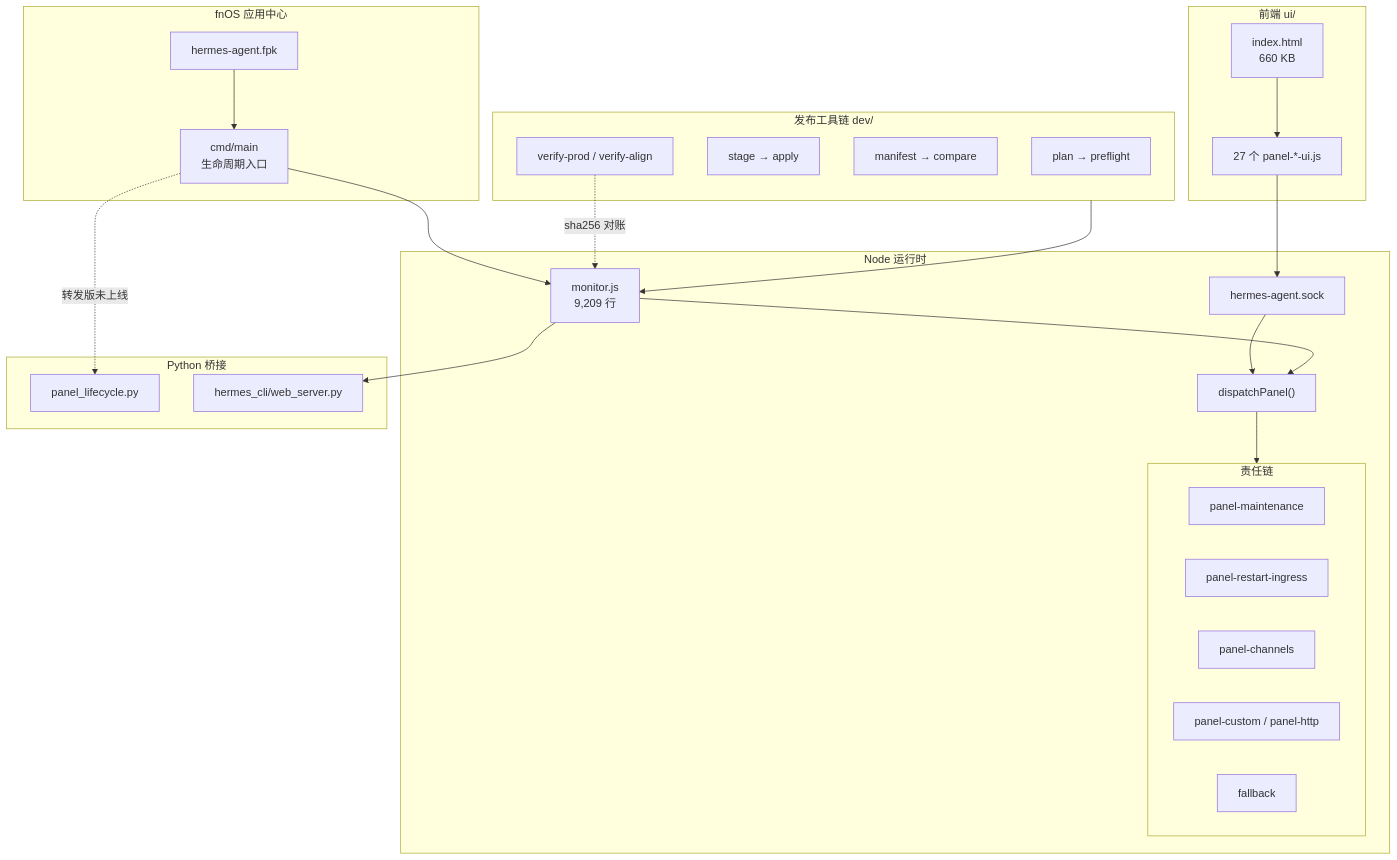
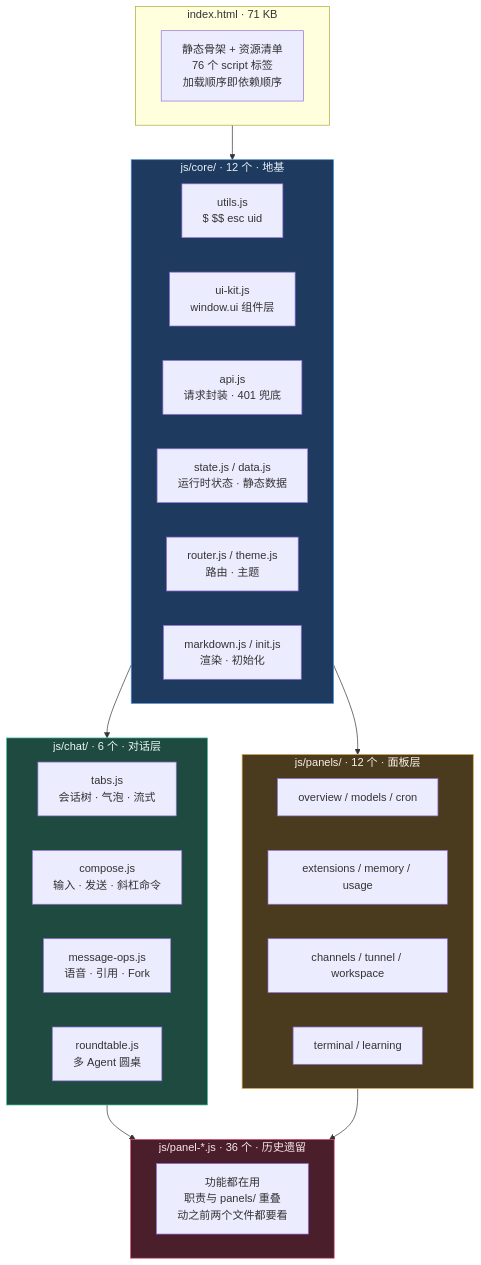
One commit to vector9584/fnos-hermes-panel changed the first of 2 diagrams in README.md. Above: the diagram before and after it, drawn with Mermaid. The commit also changed other lines of this file and 154 other files, not shown here.

````diff
--- a/README.md
+++ b/README.md
@@ -97,46 +80,44 @@
 ```mermaid
 graph TB
-    subgraph fnOS["fnOS 应用中心"]
-        FPK["hermes-agent.fpk"]
-        CMD["cmd/main<br/>生命周期入口"]
+    subgraph HTML["index.html · 71 KB"]
+        H["静态骨架 + 资源清单<br/>76 个 script 标签<br/>加载顺序即依赖顺序"]
     end
 
-    subgraph Node["Node 运行时"]
-        MON["monitor.js<br/>9,209 行"]
-        DISP["dispatchPanel()"]
-        subgraph Chain["责任链"]
-            M1["panel-maintenance"]
-            M2["panel-restart-ingress"]
-            M3["panel-channels"]
-            M4["panel-custom / panel-http"]
-            M5["fallback"]
-        end
-        SOCK["hermes-agent.sock"]
+    subgraph CORE["js/core/ · 12 个 · 地基"]
+        C1["utils.js<br/>$ $$ esc uid"]
+        C2["ui-kit.js<br/>window.ui 组件层"]
+        C3["api.js<br/>请求封装 · 401 兜底"]
+        C4["state.js / data.js<br/>运行时状态 · 静态数据"]
+        C5["router.js / theme.js<br/>路由 · 主题"]
+        C6["markdown.js / init.js<br/>渲染 · 初始化"]
     end
 
-    subgraph Front["前端 ui/"]
-        IDX["index.html<br/>660 KB"]
-        JSUI["27 个 panel-*-ui.js"]
+    subgraph CHAT["js/chat/ · 6 个 · 对话层"]
+        A1["tabs.js<br/>会话树 · 气泡 · 流式"]
+        A2["compose.js<br/>输入 · 发送 · 斜杠命令"]
+        A3["message-ops.js<br/>语音 · 引用 · Fork"]
+        A4["roundtable.js<br/>多 Agent 圆桌"]
     end
 
-    subgraph Py["Python 桥接"]
-        LIFE["panel_lifecycle.py"]
-        WEB["hermes_cli/web_server.py"]
+    subgraph PANELS["js/panels/ · 12 个 · 面板层"]
+        P1["overview / models / cron"]
+        P2["extensions / memory / usage"]
+        P3["channels / tunnel / workspace"]
+        P4["terminal / learning"]
     end
 
-    subgraph Tools["发布工具链 dev/"]
-        PLAN["plan → preflight"]
-        STAGE["stage → apply"]
-        MANI["manifest → compare"]
-        VERIFY["verify-prod / verify-align"]
+    subgraph LEGACY["js/panel-*.js · 36 个 · 历史遗留"]
+        L1["功能都在用<br/>职责与 panels/ 重叠<br/>动之前两个文件都要看"]
     end
 
-    FPK --> CMD --> MON
-    SOCK --> DISP --> Chain
-    MON --> DISP
-    IDX --> JSUI --> SOCK
-    CMD -.->|转发版未上线| LIFE
-    MON --> WEB
-    Tools --> MON
-    VERIFY -.->|sha256 对账| MON
+    HTML --> CORE
+    CORE --> CHAT
+    CORE --> PANELS
+    CHAT --> LEGACY
+    PANELS --> LEGACY
+
+    style CORE fill:#1e3a5f,stroke:#4a90d9,color:#e8f0f8
+    style CHAT fill:#1e4a3f,stroke:#4ac9a0,color:#e8f8f2
+    style PANELS fill:#4a3a1e,stroke:#d9a54a,color:#f8f2e8
+    style LEGACY fill:#4a1e2a,stroke:#d94a6a,color:#f8e8ec
 ```
````
